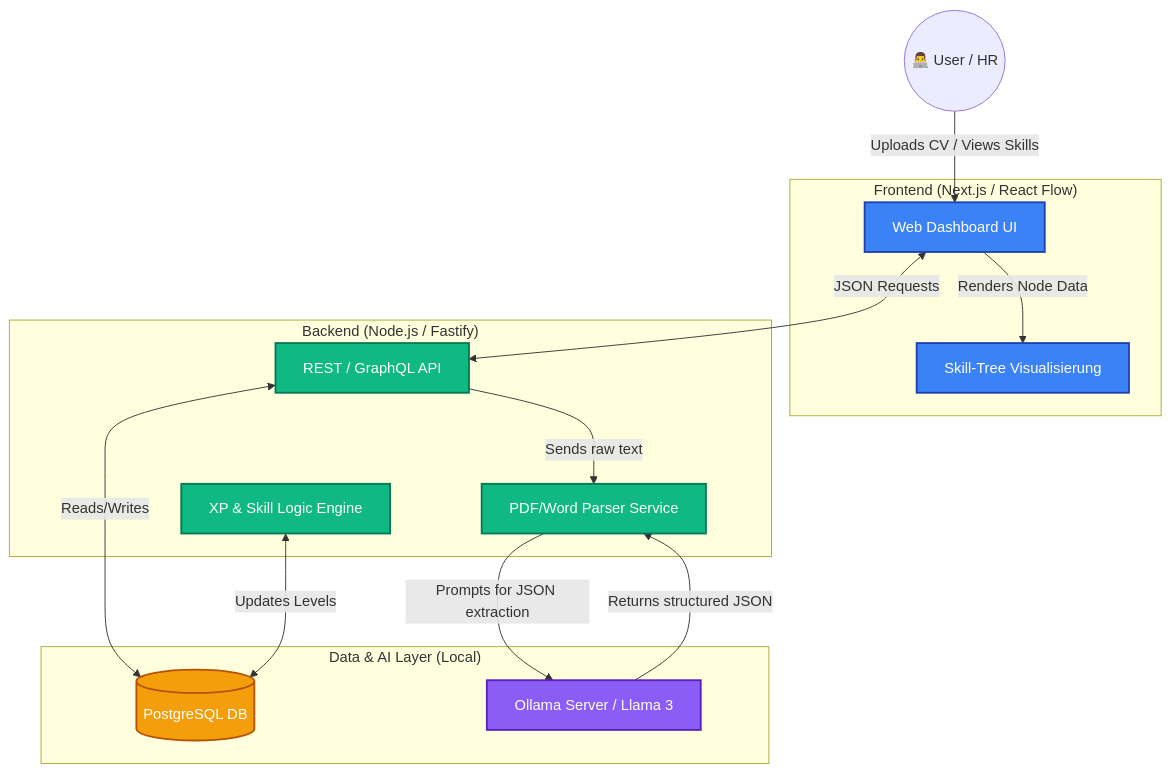
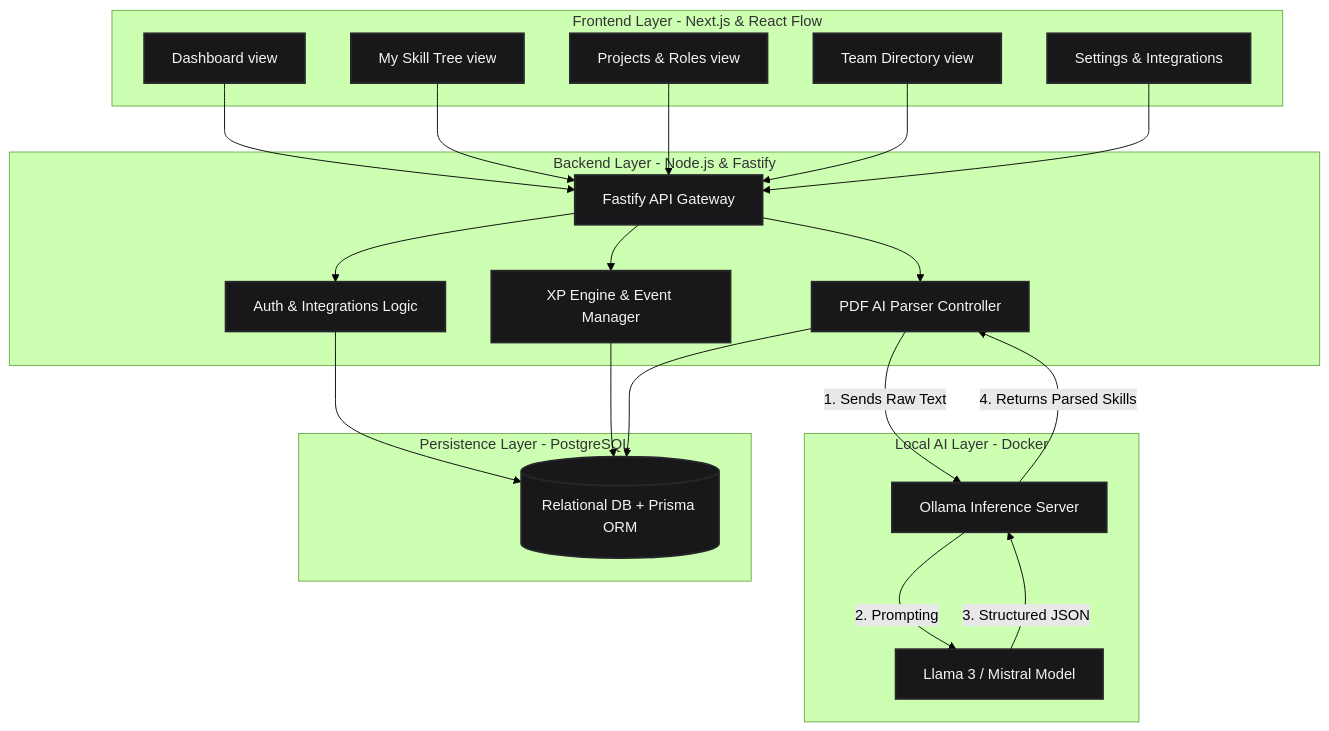
Before and after one commit to MarkusDanilow/arborstack: the diagram in docs/assets/system_architecture.mmd, drawn with Mermaid. The commit also changed 3 other files, not shown here.

Commit message:
update design-system and system-architecture

```diff
--- a/docs/assets/system_architecture.mmd
+++ b/docs/assets/system_architecture.mmd
@@ -1,37 +1,42 @@
-graph TD
-    %% Styling
-    classDef frontend fill:#3b82f6,stroke:#1e40af,stroke-width:2px,color:#fff;
-    classDef backend fill:#10b981,stroke:#047857,stroke-width:2px,color:#fff;
-    classDef db fill:#f59e0b,stroke:#b45309,stroke-width:2px,color:#fff;
-    classDef ai fill:#8b5cf6,stroke:#5b21b6,stroke-width:2px,color:#fff;
+---
+config:
+  layout: fixed
+  theme: forest
+---
+flowchart TB
+ subgraph Frontend["Frontend Layer - Next.js & React Flow"]
+        UI_Dash["Dashboard view"]
+        UI_Tree["My Skill Tree view"]
+        UI_Proj["Projects & Roles view"]
+        UI_Team["Team Directory view"]
+        UI_Set["Settings & Integrations"]
+  end
+ subgraph Backend["Backend Layer - Node.js & Fastify"]
+        API_Gate["Fastify API Gateway"]
+        Auth["Auth & Integrations Logic"]
+        XP_Calc["XP Engine & Event Manager"]
+        Parser_Ctrl["PDF AI Parser Controller"]
+  end
+ subgraph AI_Layer["Local AI Layer - Docker"]
+        Ollama["Ollama Inference Server"]
+        LLM["Llama 3 / Mistral Model"]
+  end
+ subgraph Database["Persistence Layer - PostgreSQL"]
+        DB[("Relational DB + Prisma ORM")]
+  end
+    UI_Dash --> API_Gate
+    UI_Tree --> API_Gate
+    UI_Proj --> API_Gate
+    UI_Team --> API_Gate
+    UI_Set --> API_Gate
+    API_Gate --> Auth & XP_Calc & Parser_Ctrl
+    Parser_Ctrl -- "1. Sends Raw Text" --> Ollama
+    Ollama -- "2. Prompting" --> LLM
+    LLM -- "3. Structured JSON" --> Ollama
+    Ollama -- "4. Returns Parsed Skills" --> Parser_Ctrl
+    Auth --> DB
+    XP_Calc --> DB
+    Parser_Ctrl --> DB
 
-    %% Components
-    User((👨‍💻 User / HR))
-    
-    subgraph "Frontend (Next.js / React Flow)"
-        UI[Web Dashboard UI]:::frontend
-        Graph[Skill-Tree Visualisierung]:::frontend
-    end
-    
-    subgraph "Backend (Node.js / Fastify)"
-        API[REST / GraphQL API]:::backend
-        Parser[PDF/Word Parser Service]:::backend
-        Logic[XP & Skill Logic Engine]:::backend
-    end
-    
-    subgraph "Data & AI Layer (Local)"
-        DB[(PostgreSQL DB)]:::db
-        Ollama[Ollama Server / Llama 3]:::ai
-    end
-
-    %% Connections
-    User -->|Uploads CV / Views Skills| UI
-    UI -->|Renders Node Data| Graph
-    UI <-->|JSON Requests| API
-    
-    API -->|Sends raw text| Parser
-    Parser -->|Prompts for JSON extraction| Ollama
-    Ollama -->|Returns structured JSON| Parser
-    
-    API <-->|Reads/Writes| DB
-    Logic <-->|Updates Levels| DB
+    classDef default fill:#18181b,stroke:#27272a,stroke-width:2px,color:#f4f4f5
+    classDef highlight fill:#064e3b,stroke:#10b981,stroke-width:2px,color:#f4f4f5
```
